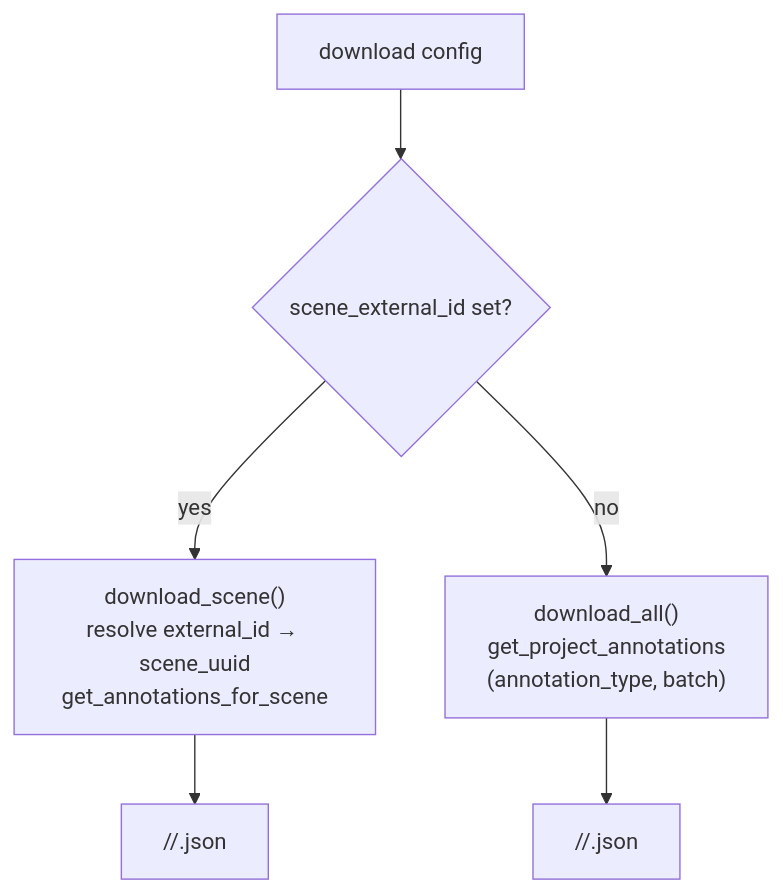
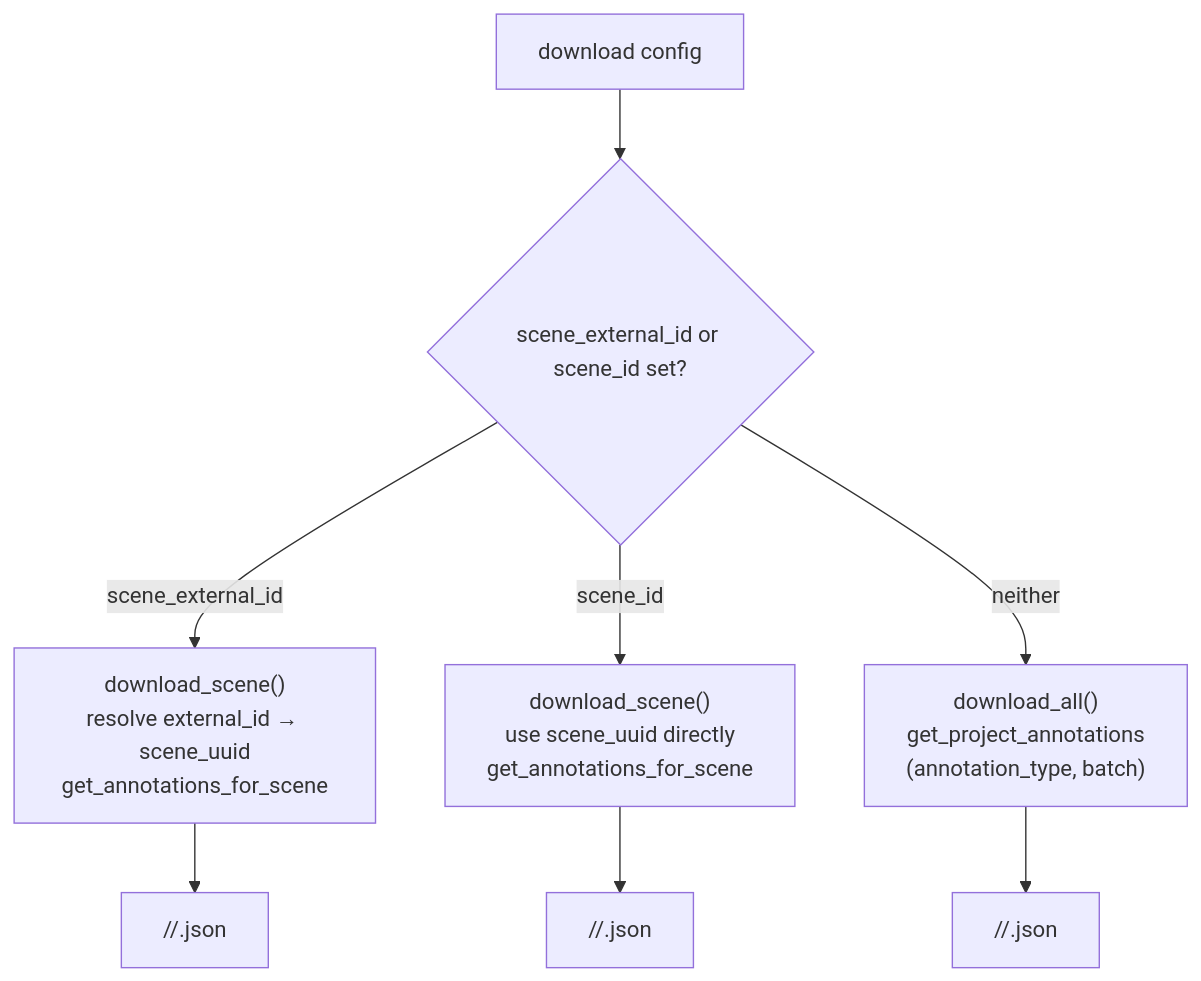
The eighth of 8 diagrams in docs/tier_iv_t4_extractor_to_kognic.md (tier4/tier4_perception_dataset), drawn with Mermaid before and after one commit. The commit also changed other lines of this file and 3 other files, not shown here.

Commit message:
feat: for download annotation, allow download with scene_id or scene_external_id

````diff
--- a/docs/tier_iv_t4_extractor_to_kognic.md
+++ b/docs/tier_iv_t4_extractor_to_kognic.md
@@ -574,8 +574,10 @@
 ```mermaid
 flowchart TD
-  Cfg["download config"] --> Q{"scene_external_id set?"}
-  Q -- "yes" --> Scene["download_scene()<br/>resolve external_id → scene_uuid<br/>get_annotations_for_scene"]
-  Q -- "no" --> All["download_all()<br/>get_project_annotations<br/>(annotation_type, batch)"]
+  Cfg["download config"] --> Q{"scene_external_id or scene_id set?"}
+  Q -- "scene_external_id" --> Scene["download_scene()<br/>resolve external_id → scene_uuid<br/>get_annotations_for_scene"]
+  Q -- "scene_id" --> SceneU["download_scene()<br/>use scene_uuid directly<br/>get_annotations_for_scene"]
+  Q -- "neither" --> All["download_all()<br/>get_project_annotations<br/>(annotation_type, batch)"]
   Scene --> Out["<output_base>/<project_external_id>/<scene_external_id>.json"]
+  SceneU --> OutU["<output_base>/<project_external_id>/<scene_id>.json"]
   All --> Out2["<output_base>/<project_external_id>/<scene_uuid>.json"]
 ```
````
